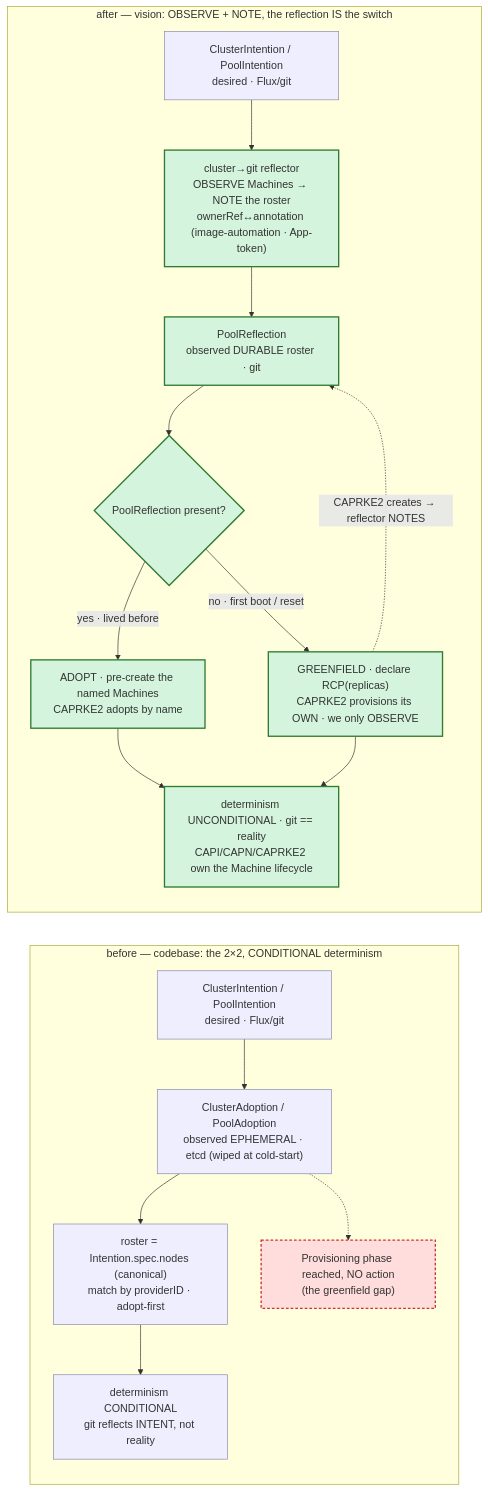
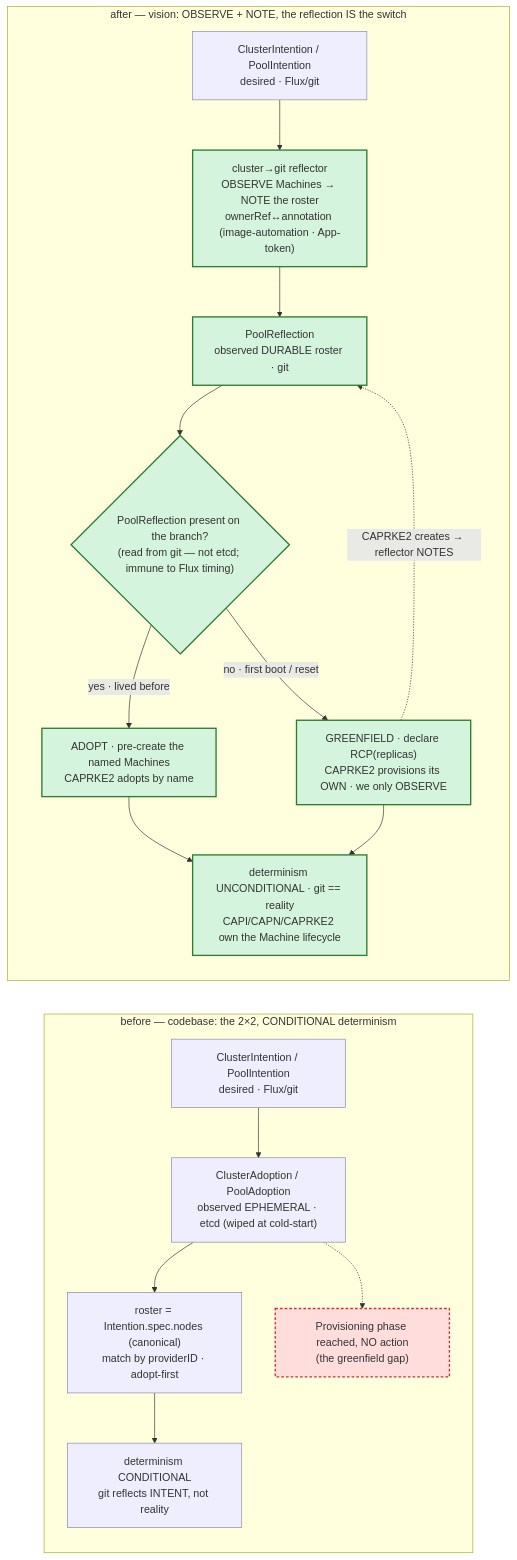
One commit to seedmatic/rke2lab changed the diagram in docs/architecture/atlas/cluster-seeding.adoc. Above: the diagram before and after it, drawn with Mermaid. The commit also changed other lines of this file and 1 other file, not shown here.

First line of the commit message:
docs(cluster-api): the adopt/greenfield switch reads git, not etcd

```diff
--- a/docs/architecture/atlas/cluster-seeding.adoc
+++ b/docs/architecture/atlas/cluster-seeding.adoc
@@ -47,34 +47,34 @@
 [mermaid]
 ....
 flowchart LR
   subgraph B[before — codebase: the 2×2, CONDITIONAL determinism]
     b_int["ClusterIntention / PoolIntention<br/>desired · Flux/git"]
     b_ad["ClusterAdoption / PoolAdoption<br/>observed EPHEMERAL · etcd (wiped at cold-start)"]
     b_ros["roster = Intention.spec.nodes (canonical)<br/>match by providerID · adopt-first"]
     b_det["determinism CONDITIONAL<br/>git reflects INTENT, not reality"]
     b_gap["Provisioning phase reached, NO action<br/>(the greenfield gap)"]
     b_int --> b_ad --> b_ros --> b_det
     b_ad -.-> b_gap
   end
   subgraph A[after — vision: OBSERVE + NOTE, the reflection IS the switch]
     a_int["ClusterIntention / PoolIntention<br/>desired · Flux/git"]
     a_ref["cluster→git reflector<br/>OBSERVE Machines → NOTE the roster<br/>ownerRef↔annotation (image-automation · App-token)"]
     a_refl["PoolReflection<br/>observed DURABLE roster · git"]
-    a_sw{"PoolReflection present?"}
+    a_sw{"PoolReflection present on the branch?<br/>(read from git — not etcd; immune to Flux timing)"}
     a_adopt["ADOPT · pre-create the named Machines<br/>CAPRKE2 adopts by name"]
     a_green["GREENFIELD · declare RCP(replicas)<br/>CAPRKE2 provisions its OWN · we only OBSERVE"]
     a_det["determinism UNCONDITIONAL · git == reality<br/>CAPI/CAPN/CAPRKE2 own the Machine lifecycle"]
     a_int --> a_ref --> a_refl --> a_sw
     a_sw -->|"yes · lived before"| a_adopt
     a_sw -->|"no · first boot / reset"| a_green
     a_green -.->|"CAPRKE2 creates → reflector NOTES"| a_refl
     a_adopt --> a_det
     a_green --> a_det
   end
   classDef built fill:#eef,stroke:#88a,stroke-width:1px;
   classDef new fill:#d4f4dd,stroke:#2e7d32,stroke-width:2px;
   classDef gone fill:#fdd,stroke:#c33,stroke-width:2px,stroke-dasharray:4 3;
   class b_int,b_ad,b_ros,b_det,a_int built;
   class b_gap gone;
   class a_ref,a_refl,a_sw,a_adopt,a_green,a_det new;
 ....
```
